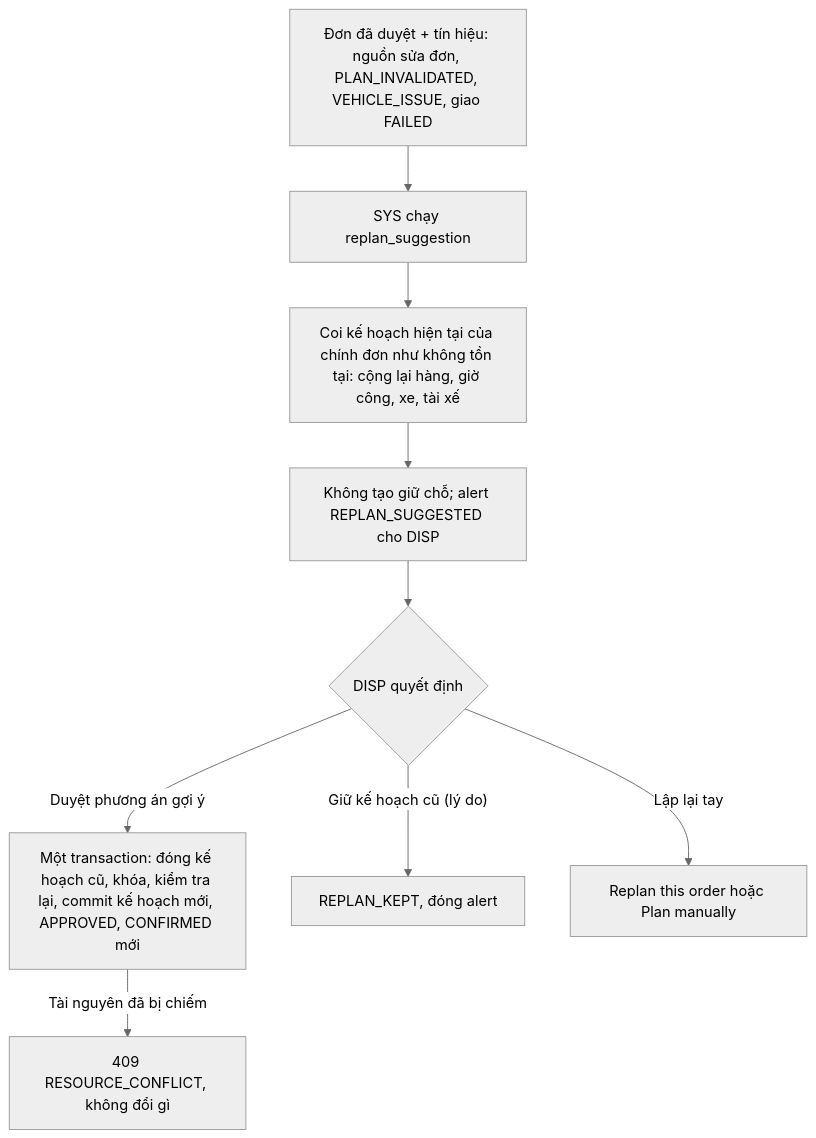
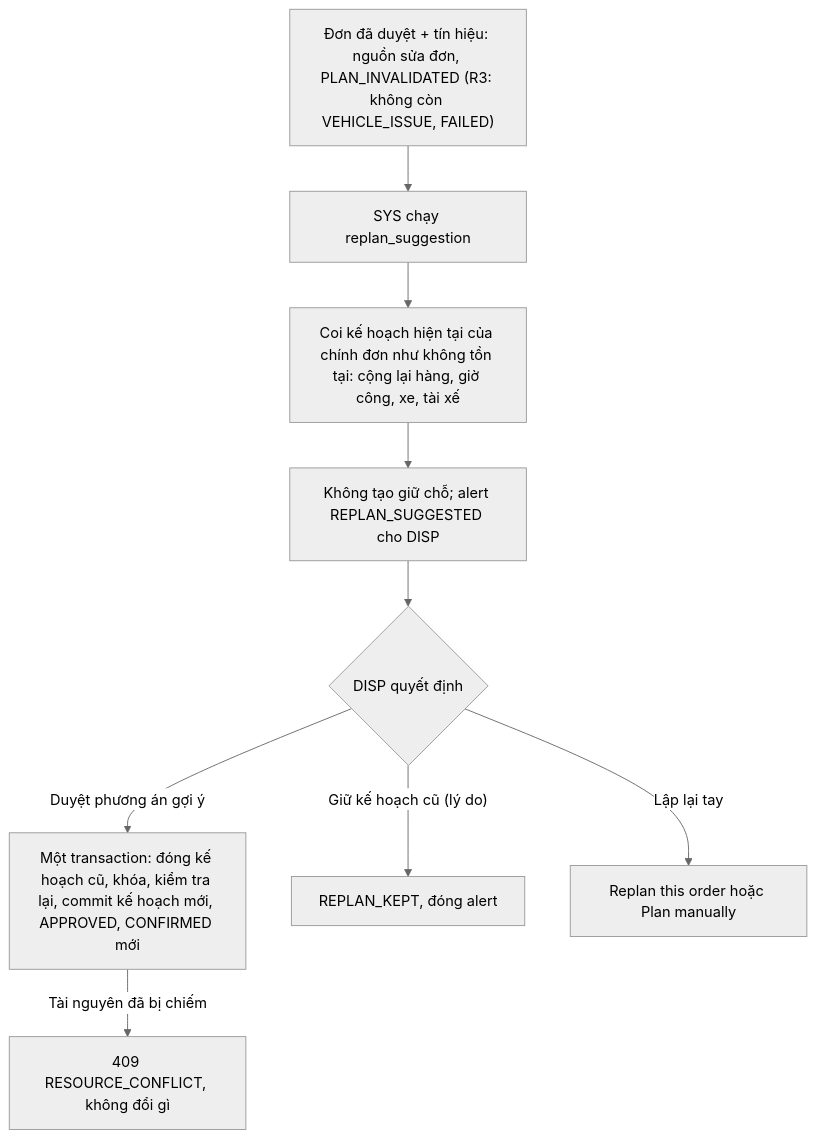
Before and after one commit to qaztyhn/cfo-itconsultant: diagram 12 of 14 in docs/07_User_Flows.md, drawn with Mermaid (neutral theme). The commit also changed other lines of this file and 9 other files, not shown here.

````diff
--- a/docs/07_User_Flows.md
+++ b/docs/07_User_Flows.md
@@ -351,11 +352,11 @@
 ```mermaid
 flowchart TD
-  A["Đơn đã duyệt + tín hiệu: nguồn sửa đơn, PLAN_INVALIDATED, VEHICLE_ISSUE, giao FAILED"] --> B["SYS chạy replan_suggestion"]
+  A["Đơn đã duyệt + tín hiệu: nguồn sửa đơn, PLAN_INVALIDATED (R3: không còn VEHICLE_ISSUE, FAILED)"] --> B["SYS chạy replan_suggestion"]
   B --> C["Coi kế hoạch hiện tại của chính đơn như không tồn tại: cộng lại hàng, giờ công, xe, tài xế"]
   C --> D["Không tạo giữ chỗ; alert REPLAN_SUGGESTED cho DISP"]
   D --> E{"DISP quyết định"}
   E -- "Duyệt phương án gợi ý" --> F["Một transaction: đóng kế hoạch cũ, khóa, kiểm tra lại, commit kế hoạch mới, APPROVED, CONFIRMED mới"]
   F -- "Tài nguyên đã bị chiếm" --> G["409 RESOURCE_CONFLICT, không đổi gì"]
   E -- "Giữ kế hoạch cũ (lý do)" --> H["REPLAN_KEPT, đóng alert"]
   E -- "Lập lại tay" --> I["Replan this order hoặc Plan manually"]
 ```
````
